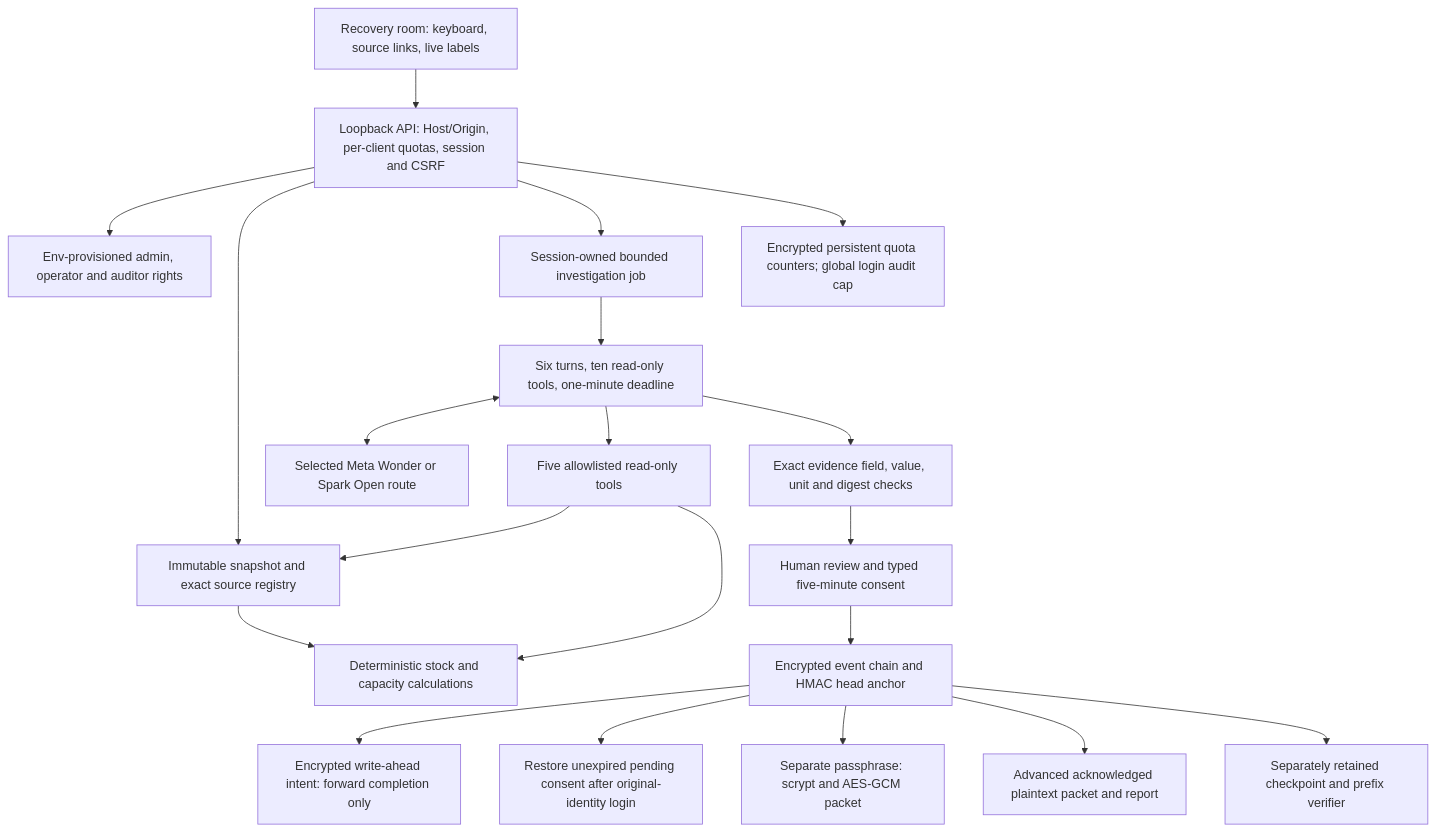
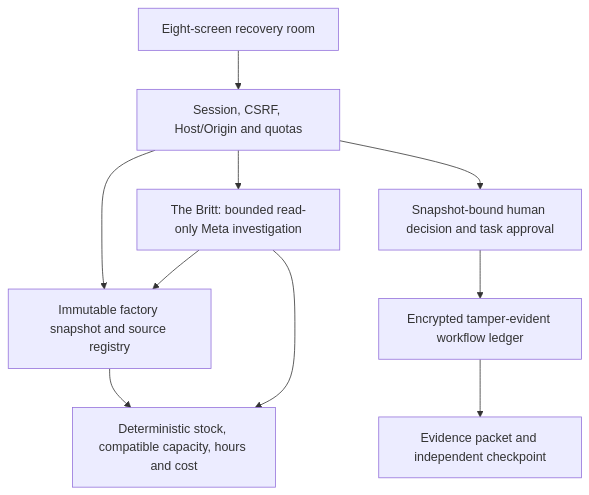
The diagram in hackathon/docs/ARCHITECTURE.md (justinevans4040-cloud/forgefront-factory-resilience), drawn with Mermaid before and after one commit. The commit also changed other lines of this file and 152 other files, not shown here.

````diff
--- a/hackathon/docs/ARCHITECTURE.md
+++ b/hackathon/docs/ARCHITECTURE.md
@@ -3,22 +5,12 @@
 ```mermaid
 flowchart TD
-  Browser[Recovery room: keyboard, source links, live labels] --> Guard[Loopback API: Host/Origin, per-client quotas, session and CSRF]
-  Guard --> Identity[Env-provisioned admin, operator and auditor rights]
-  Guard --> Snapshot[Immutable snapshot and exact source registry]
-  Snapshot --> Engine[Deterministic stock and capacity calculations]
-  Guard --> Job[Session-owned bounded investigation job]
-  Job --> Loop[Six turns, ten read-only tools, one-minute deadline]
-  Loop <--> Meta[Selected Meta Wonder or Spark Open route]
-  Loop --> Tools[Five allowlisted read-only tools]
-  Tools --> Snapshot
-  Tools --> Engine
-  Loop --> Claims[Exact evidence field, value, unit and digest checks]
-  Claims --> Review[Human review and typed five-minute consent]
-  Review --> Ledger[Encrypted event chain and HMAC head anchor]
-  Ledger --> Intent[Encrypted write-ahead intent: forward completion only]
-  Ledger --> Replay[Restore unexpired pending consent after original-identity login]
-  Ledger --> Encrypted[Separate passphrase: scrypt and AES-GCM packet]
-  Ledger --> Export[Advanced acknowledged plaintext packet and report]
-  Guard --> Quotas[Encrypted persistent quota counters; global login audit cap]
-  Ledger --> Pin[Separately retained checkpoint and prefix verifier]
+  UI[Eight-screen recovery room] --> API[Session, CSRF, Host/Origin and quotas]
+  API --> Snapshot[Immutable factory snapshot and source registry]
+  Snapshot --> Engine[Deterministic stock, compatible capacity, hours and cost]
+  API --> Agent[The Britt: bounded read-only Meta investigation]
+  Agent --> Snapshot
+  Agent --> Engine
+  API --> Human[Snapshot-bound human decision and task approval]
+  Human --> Ledger[Encrypted tamper-evident workflow ledger]
+  Ledger --> Export[Evidence packet and independent checkpoint]
 ```
````
